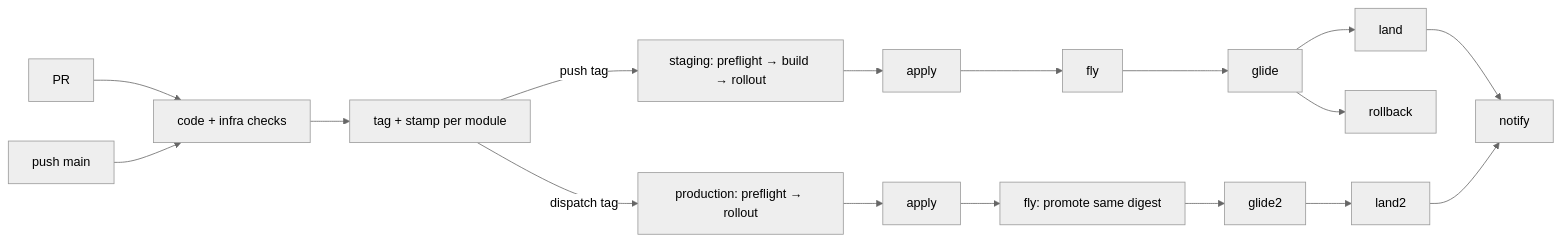
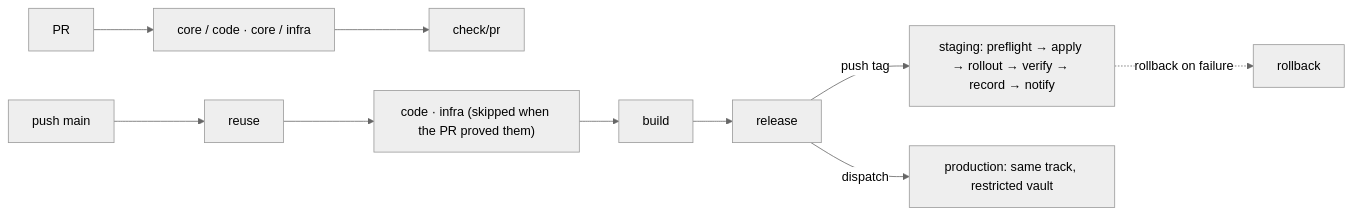
The diagram in README.md (br4zz4/pipelines), drawn with Mermaid (neutral theme) before and after one commit. The commit also changed other lines of this file and 159 other files, not shown here.

````diff
--- a/README.md
+++ b/README.md
@@ -44,10 +35,8 @@
 ```mermaid
 flowchart LR
-  pr[PR] --> checks[code + infra checks]
-  main[push main] --> checks --> tag[tag + stamp per module]
-  tag -->|push tag| staging[staging: preflight → build → rollout]
-  staging --> apply[apply] --> fly --> glide --> land --> notify
-  glide --> rollback
-  tag -->|dispatch tag| production[production: preflight → rollout]
-  production --> apply2[apply] --> fly2[fly: promote same digest] --> glide2 --> land2 --> notify
+  pr[PR] --> lanes["core / code · core / infra"] --> gate["check/pr"]
+  main[push main] --> reuse --> lanes2["code · infra (skipped when the PR proved them)"] --> build --> release
+  release -->|push tag| staging["staging: preflight → apply → rollout → verify → record → notify"]
+  release -->|dispatch| production["production: same track, restricted vault"]
+  staging -.->|rollback on failure| rb[rollback]
 ```
````
